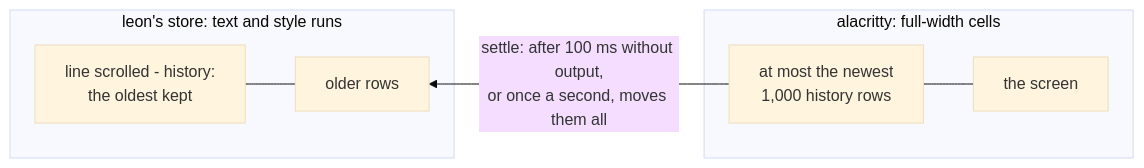
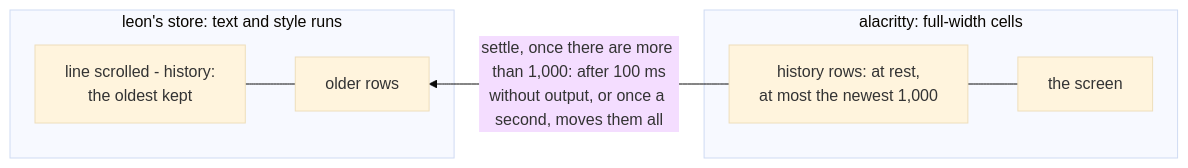
The diagram in docs/architecture/scrollback.md (aindong/leon-cli), drawn with Mermaid (base theme) before and after one commit. The commit also changed 1 other file, not shown here.

Commit message:
scrollback's diagram: settle moves rows only past 1,000, an at-rest limit; a test that a pinned cached mermaid is used without a fetch

````diff
--- a/docs/architecture/scrollback.md
+++ b/docs/architecture/scrollback.md
@@ -6,10 +6,10 @@
 ```mermaid
 flowchart RL
   subgraph term["alacritty: full-width cells"]
-    screen["the screen"] --- newer["at most the newest<br/>1,000 history rows"]
+    screen["the screen"] --- newer["history rows: at rest,<br/>at most the newest 1,000"]
   end
   subgraph store["leon's store: text and style runs"]
     older["older rows"] --- oldest["line scrolled - history:<br/>the oldest kept"]
   end
-  newer -->|"settle: after 100 ms without output,<br/>or once a second, moves them all"| older
+  newer -->|"settle, once there are more than 1,000: after 100 ms<br/>without output, or once a second, moves them all"| older
 ```
````
